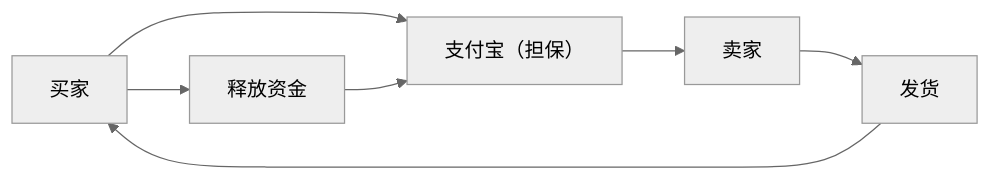
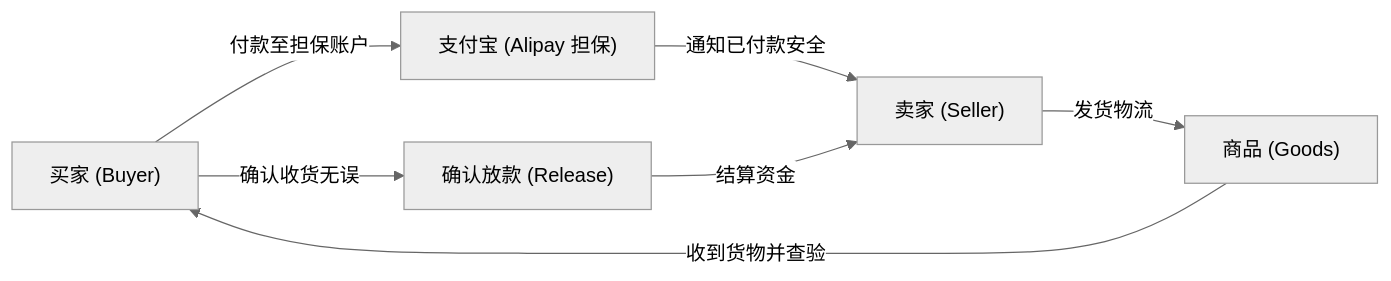
One commit to kenjinote/blog changed the diagram in content/post/history-of-alibaba/index.zh-cn.md. Above: the diagram before and after it, drawn with Mermaid (neutral theme). The commit also changed other lines of this file and 219 other files, not shown here.

````diff
--- a/content/post/history-of-alibaba/index.zh-cn.md
+++ b/content/post/history-of-alibaba/index.zh-cn.md
@@ -24,9 +46,9 @@
 ```mermaid
 flowchart LR
-    Buyer["买家"] --> Alipay["支付宝（担保）"]
-    Alipay --> Seller["卖家"]
-    Seller --> Goods["发货"]
-    Goods --> Buyer
-    Buyer --> Release["释放资金"]
-    Release --> Alipay
+    Buyer["买家 (Buyer)"] -->|付款至担保账户| Alipay["支付宝 (Alipay 担保)"]
+    Alipay -->|通知已付款安全| Seller["卖家 (Seller)"]
+    Seller -->|发货物流| Goods["商品 (Goods)"]
+    Goods -->|收到货物并查验| Buyer
+    Buyer -->|确认收货无误| Release["确认放款 (Release)"]
+    Release -->|结算资金| Seller
 ```
````
